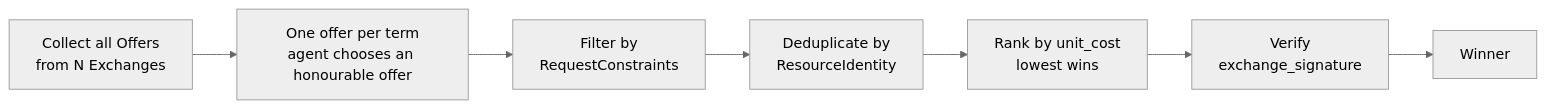
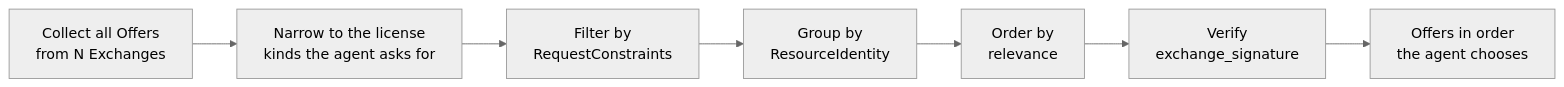
The second of 4 diagrams in website/src/content/docs/components/broker/selection-engine.mdx (FORA-Protocol/protocol), drawn with Mermaid (neutral theme) before and after one commit. The commit also changed other lines of this file and 20 other files, not shown here.

First line of the commit message:
Docs: the Broker orders offers by relevance; the agent decides

````diff
--- a/website/src/content/docs/components/broker/selection-engine.mdx
+++ b/website/src/content/docs/components/broker/selection-engine.mdx
@@ -157,9 +161,9 @@
 ```mermaid
 graph LR
-    A[Collect all Offers<br/>from N Exchanges] --> B[One offer per term<br/>agent chooses an honourable offer]
+    A[Collect all Offers<br/>from N Exchanges] --> B[Narrow to the license<br/>kinds the agent asks for]
     B --> C[Filter by<br/>RequestConstraints]
-    C --> D[Deduplicate by<br/>ResourceIdentity]
-    D --> E[Rank by unit_cost<br/>lowest wins]
+    C --> D[Group by<br/>ResourceIdentity]
+    D --> E[Order by<br/>relevance]
     E --> F[Verify<br/>exchange_signature]
-    F --> G[Winner]
+    F --> G[Offers in order<br/>the agent chooses]
 ```
````
